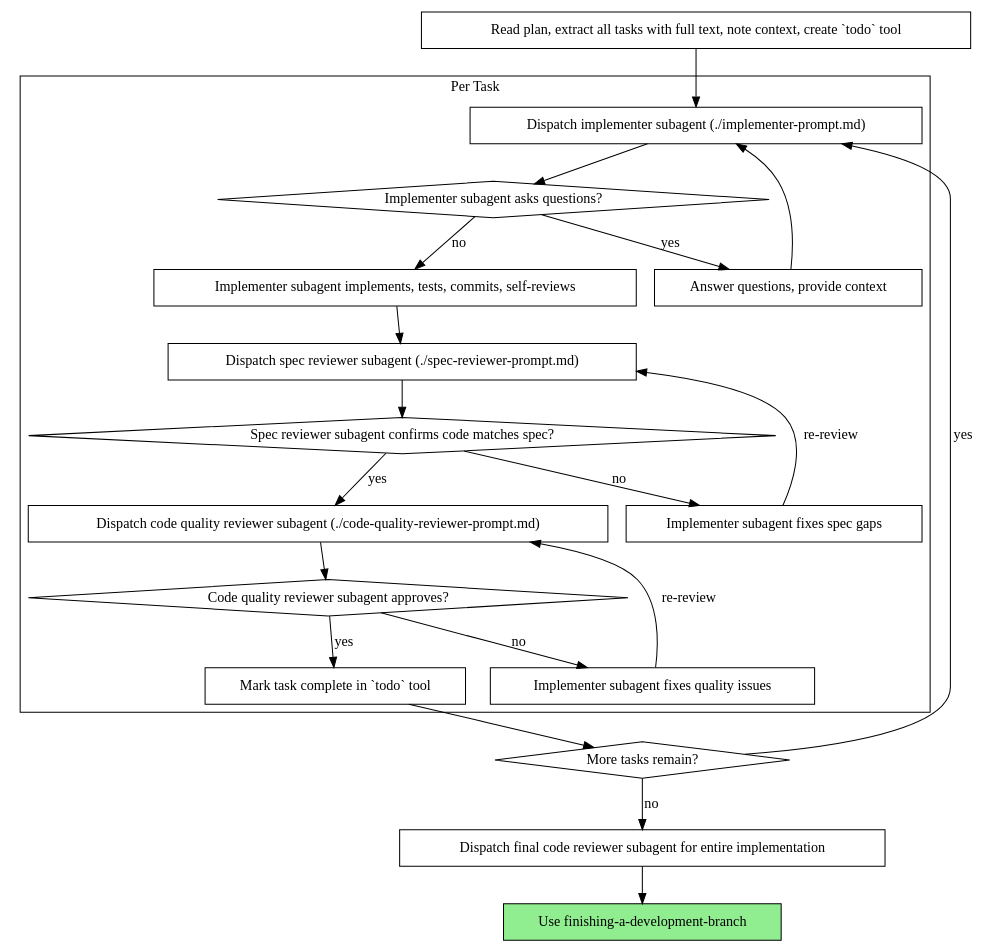
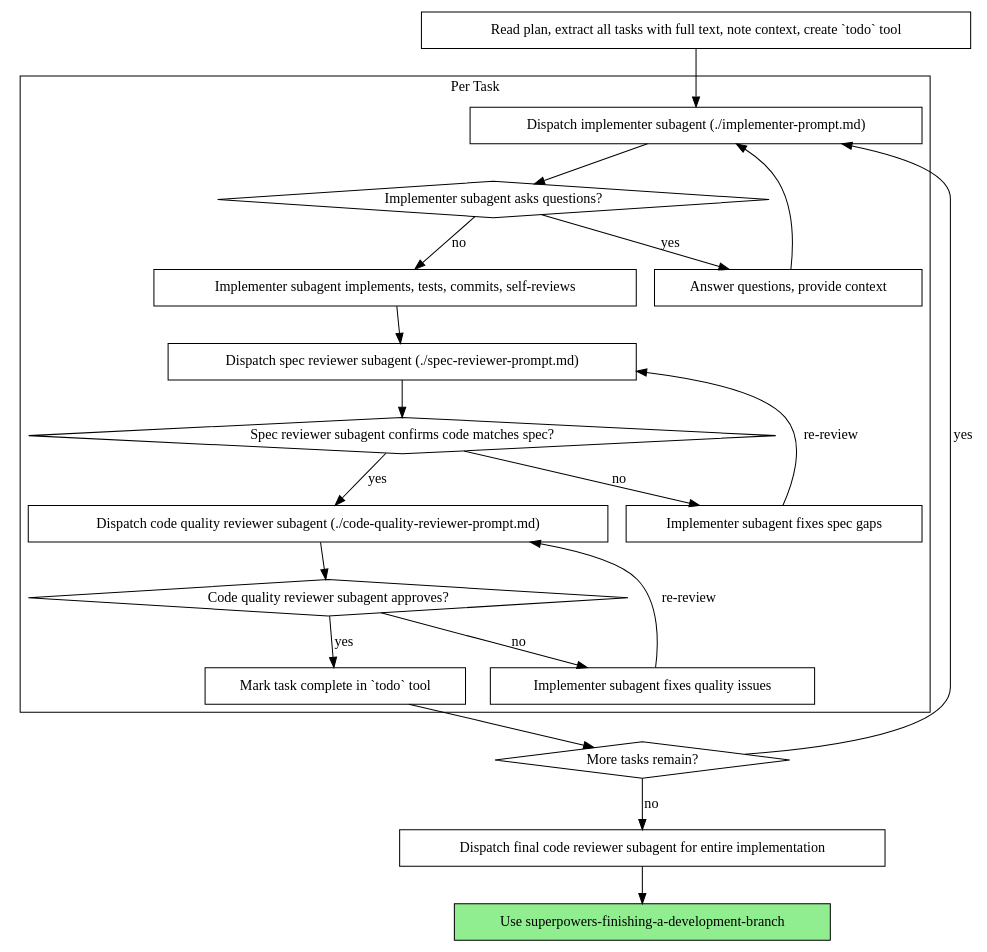
One commit to zdy1995love/mistral-vibe changed the second of 2 diagrams in vibe/core/skills/builtins/superpowers/skills/subagent-driven-development/SKILL.md. Above: the diagram before and after it, drawn with Graphviz. The commit also changed other lines of this file and 17 other files, not shown here.

````diff
--- a/vibe/core/skills/builtins/superpowers/skills/subagent-driven-development/SKILL.md
+++ b/vibe/core/skills/builtins/superpowers/skills/subagent-driven-development/SKILL.md
@@ -46,44 +46,44 @@
 ```dot
 digraph process {
     rankdir=TB;
 
     subgraph cluster_per_task {
         label="Per Task";
         "Dispatch implementer subagent (./implementer-prompt.md)" [shape=box];
         "Implementer subagent asks questions?" [shape=diamond];
         "Answer questions, provide context" [shape=box];
         "Implementer subagent implements, tests, commits, self-reviews" [shape=box];
         "Dispatch spec reviewer subagent (./spec-reviewer-prompt.md)" [shape=box];
         "Spec reviewer subagent confirms code matches spec?" [shape=diamond];
         "Implementer subagent fixes spec gaps" [shape=box];
         "Dispatch code quality reviewer subagent (./code-quality-reviewer-prompt.md)" [shape=box];
         "Code quality reviewer subagent approves?" [shape=diamond];
         "Implementer subagent fixes quality issues" [shape=box];
         "Mark task complete in `todo` tool" [shape=box];
     }
 
     "Read plan, extract all tasks with full text, note context, create `todo` tool" [shape=box];
     "More tasks remain?" [shape=diamond];
     "Dispatch final code reviewer subagent for entire implementation" [shape=box];
-    "Use finishing-a-development-branch" [shape=box style=filled fillcolor=lightgreen];
+    "Use superpowers-finishing-a-development-branch" [shape=box style=filled fillcolor=lightgreen];
 
     "Read plan, extract all tasks with full text, note context, create `todo` tool" -> "Dispatch implementer subagent (./implementer-prompt.md)";
     "Dispatch implementer subagent (./implementer-prompt.md)" -> "Implementer subagent asks questions?";
     "Implementer subagent asks questions?" -> "Answer questions, provide context" [label="yes"];
     "Answer questions, provide context" -> "Dispatch implementer subagent (./implementer-prompt.md)";
     "Implementer subagent asks questions?" -> "Implementer subagent implements, tests, commits, self-reviews" [label="no"];
     "Implementer subagent implements, tests, commits, self-reviews" -> "Dispatch spec reviewer subagent (./spec-reviewer-prompt.md)";
     "Dispatch spec reviewer subagent (./spec-reviewer-prompt.md)" -> "Spec reviewer subagent confirms code matches spec?";
     "Spec reviewer subagent confirms code matches spec?" -> "Implementer subagent fixes spec gaps" [label="no"];
     "Implementer subagent fixes spec gaps" -> "Dispatch spec reviewer subagent (./spec-reviewer-prompt.md)" [label="re-review"];
     "Spec reviewer subagent confirms code matches spec?" -> "Dispatch code quality reviewer subagent (./code-quality-reviewer-prompt.md)" [label="yes"];
     "Dispatch code quality reviewer subagent (./code-quality-reviewer-prompt.md)" -> "Code quality reviewer subagent approves?";
     "Code quality reviewer subagent approves?" -> "Implementer subagent fixes quality issues" [label="no"];
     "Implementer subagent fixes quality issues" -> "Dispatch code quality reviewer subagent (./code-quality-reviewer-prompt.md)" [label="re-review"];
     "Code quality reviewer subagent approves?" -> "Mark task complete in `todo` tool" [label="yes"];
     "Mark task complete in `todo` tool" -> "More tasks remain?";
     "More tasks remain?" -> "Dispatch implementer subagent (./implementer-prompt.md)" [label="yes"];
     "More tasks remain?" -> "Dispatch final code reviewer subagent for entire implementation" [label="no"];
-    "Dispatch final code reviewer subagent for entire implementation" -> "Use finishing-a-development-branch";
+    "Dispatch final code reviewer subagent for entire implementation" -> "Use superpowers-finishing-a-development-branch";
 }
 ```
````
